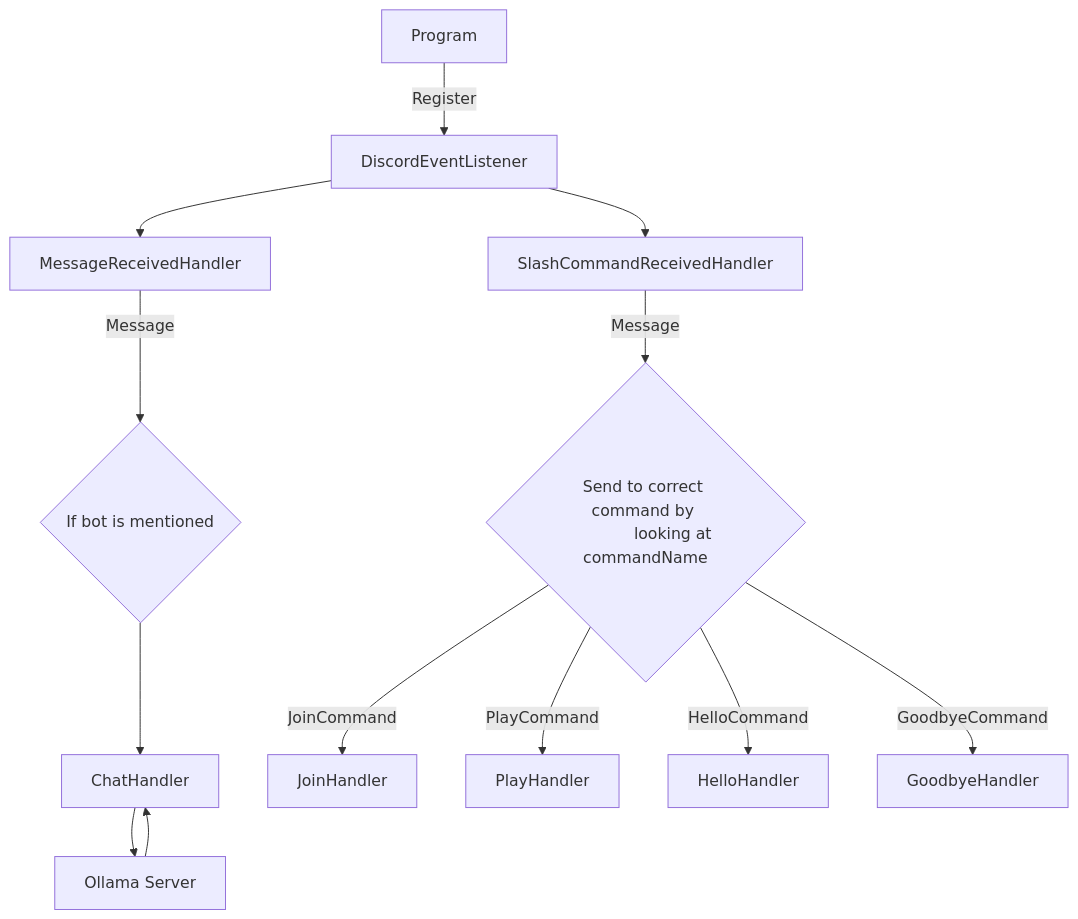
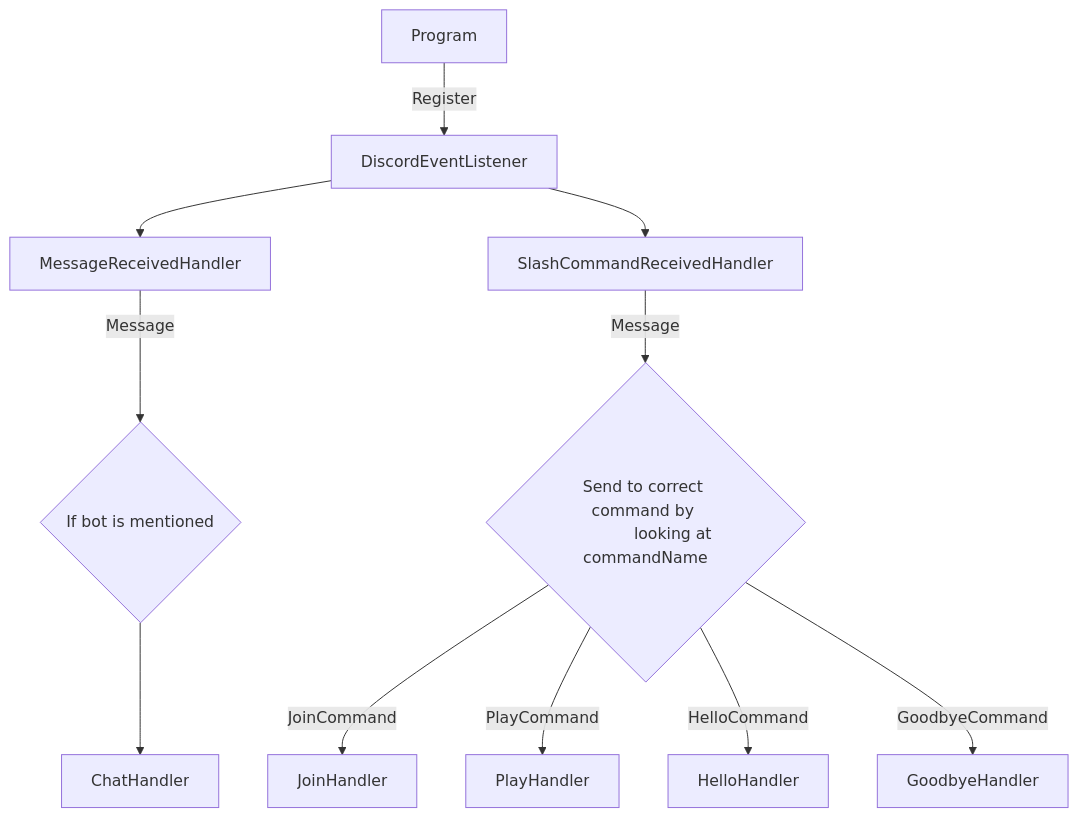
Before and after one commit to Myxelium/Lunaris2.0: the first of 2 diagrams in Bot/README.md, drawn with Mermaid.

````diff
--- a/Bot/README.md
+++ b/Bot/README.md
@@ -2,20 +2,18 @@
 ```mermaid
 flowchart TD
     Program[Program] -->|Register| EventListener
     EventListener[DiscordEventListener] --> A[MessageReceivedHandler]
 
     EventListener[DiscordEventListener] --> A2[SlashCommandReceivedHandler]
 
     A --> |Message| f{If bot is mentioned}
     f --> v[ChatHandler]
-    v --> o[Ollama Server]
-    o --> v
 
     A2[SlashCommandReceivedHandler] -->|Message| C{Send to correct command by 
             looking at commandName}
 
     C -->|JoinCommand| D[JoinHandler]
     C -->|PlayCommand| E[PlayHandler]
     C -->|HelloCommand| F[HelloHandler]
     C -->|GoodbyeCommand| G[GoodbyeHandler]
 ```
````
